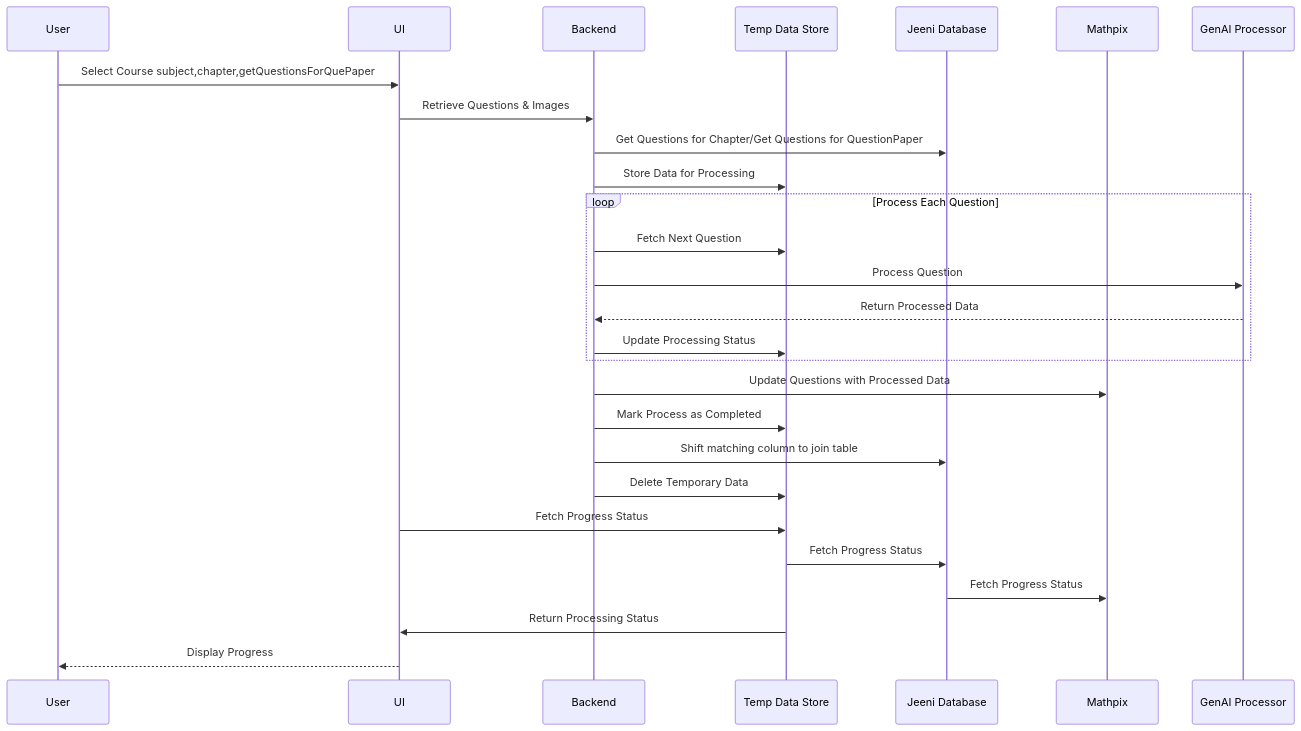
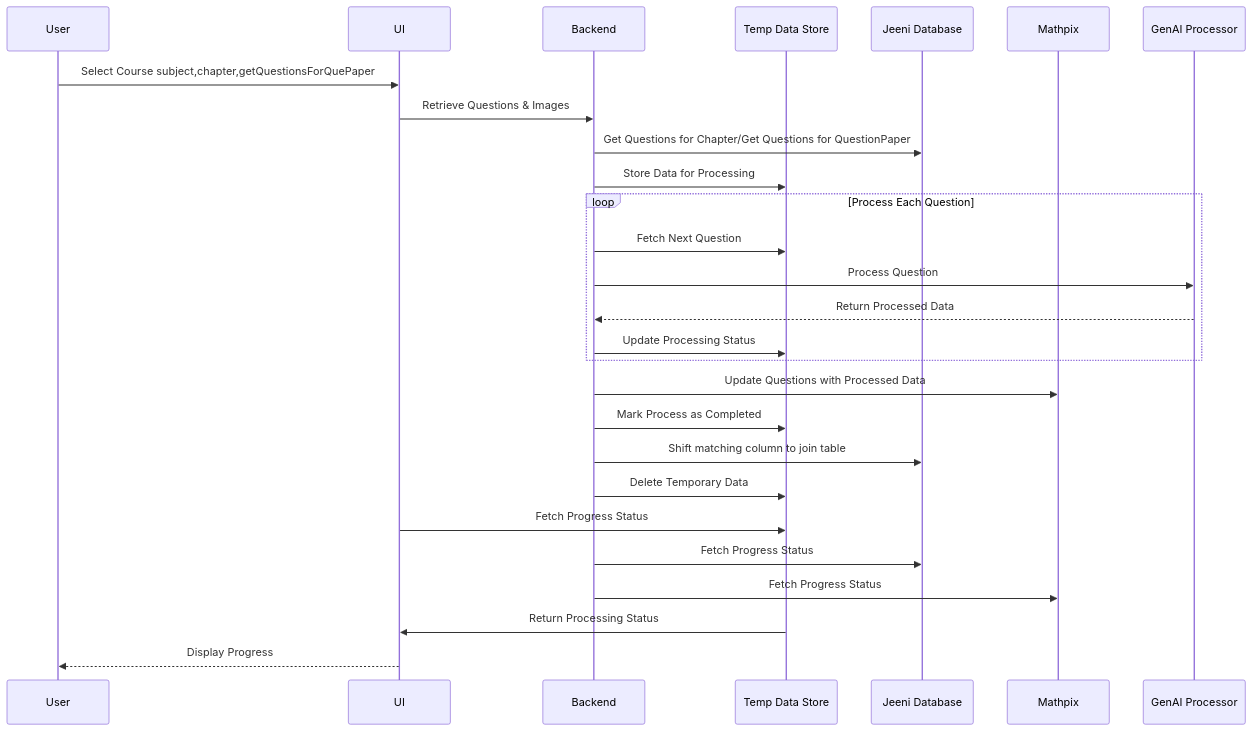
One commit to MayuriSutar12/Documentation changed the diagram in docs/sequence_digram.md. Above: the diagram before and after it, drawn with Mermaid.

````diff
--- a/docs/sequence_digram.md
+++ b/docs/sequence_digram.md
@@ -2,36 +2,36 @@
 ```mermaid
 sequenceDiagram
     participant User as User
     participant UI as UI
     participant Backend as Backend
     participant TempDB as Temp Data Store
     participant JeeniDB as Jeeni Database
     participant Mathpix as Mathpix
     participant GenAI as GenAI Processor
 
     User ->> UI: Select Course subject,chapter,getQuestionsForQuePaper
     UI ->> Backend: Retrieve Questions & Images
     Backend ->> JeeniDB: Get Questions for Chapter/Get Questions for QuestionPaper
     Backend ->> TempDB: Store Data for Processing
 
     loop Process Each Question
         Backend ->> TempDB: Fetch Next Question
         Backend ->> GenAI: Process Question
         GenAI -->> Backend: Return Processed Data
         Backend ->> TempDB: Update Processing Status
     end
 
     Backend ->> Mathpix: Update Questions with Processed Data
     Backend ->> TempDB: Mark Process as Completed
     Backend ->> JeeniDB: Shift matching column to join table
     Backend ->> TempDB: Delete Temporary Data
 
 
     UI ->> TempDB: Fetch Progress Status
-   TempDB ->> JeeniDB: Fetch Progress Status
-  JeeniDB ->> Mathpix: Fetch Progress Status 
+   Backend ->> JeeniDB: Fetch Progress Status
+  Backend ->> Mathpix: Fetch Progress Status 
     TempDB ->> UI: Return Processing Status
     UI -->> User: Display Progress
 
 
 ```
````
